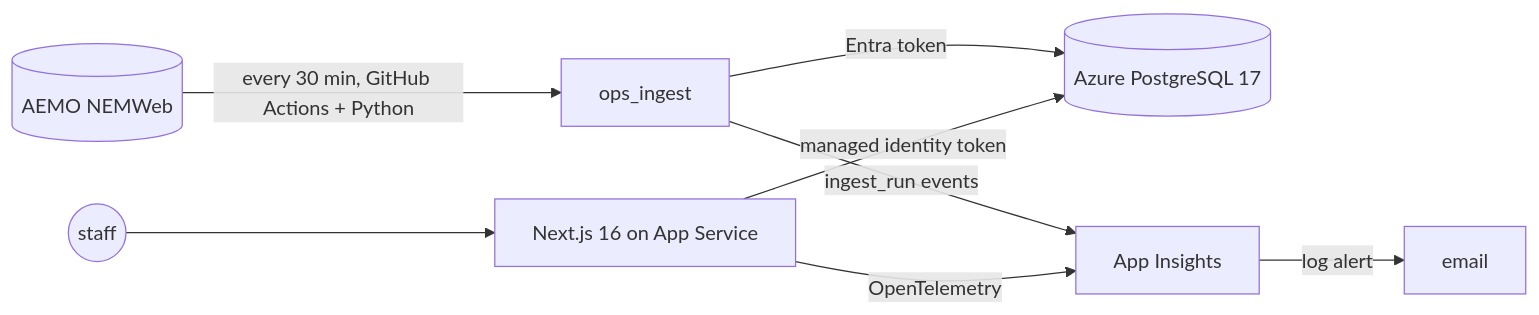
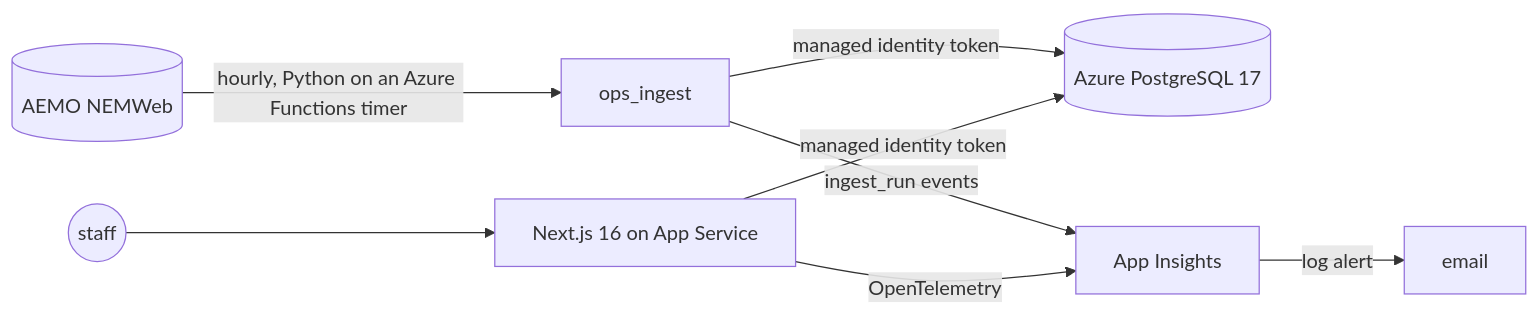
Before and after one commit to zeussilver/aemo-network-constraint-demo: the diagram in README.md, drawn with Mermaid. The commit also changed other lines of this file and 3 other files, not shown here.

First line of the commit message:
Record the first Azure Functions ingest run and update the schedule wording

````diff
--- a/README.md
+++ b/README.md
@@ -46,10 +46,10 @@
 ```mermaid
 flowchart LR
-  NEMWeb[(AEMO NEMWeb)] -->|every 30 min, GitHub Actions + Python| Ingest[ops_ingest]
-  Ingest -->|Entra token| DB[(Azure PostgreSQL 17)]
+  NEMWeb[(AEMO NEMWeb)] -->|hourly, Python on an Azure Functions timer| Ingest[ops_ingest]
+  Ingest -->|managed identity token| DB[(Azure PostgreSQL 17)]
   Ingest -->|ingest_run events| AI[App Insights]
   App[Next.js 16 on App Service] -->|managed identity token| DB
   App -->|OpenTelemetry| AI
   AI -->|log alert| Mail[email]
   Staff((staff)) --> App
 ```
````
